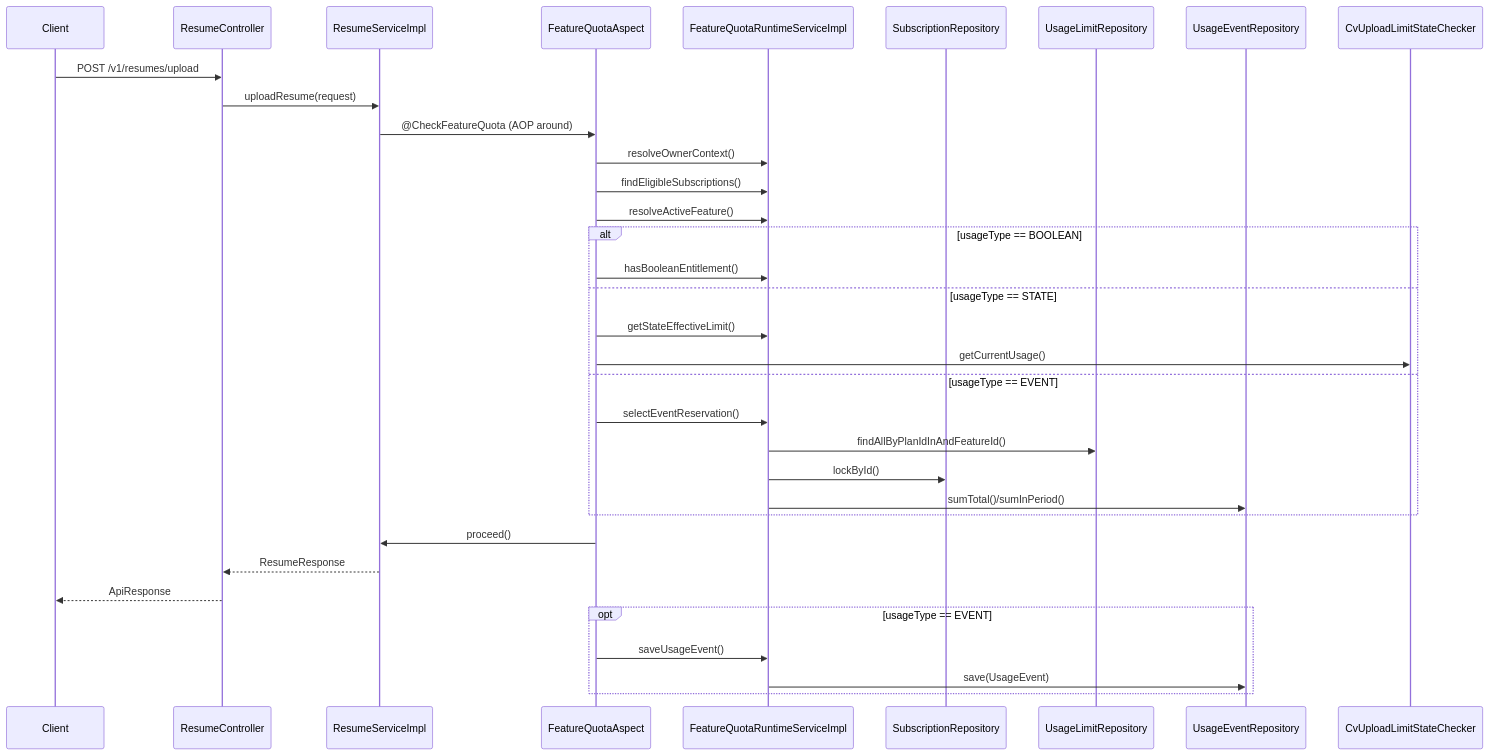
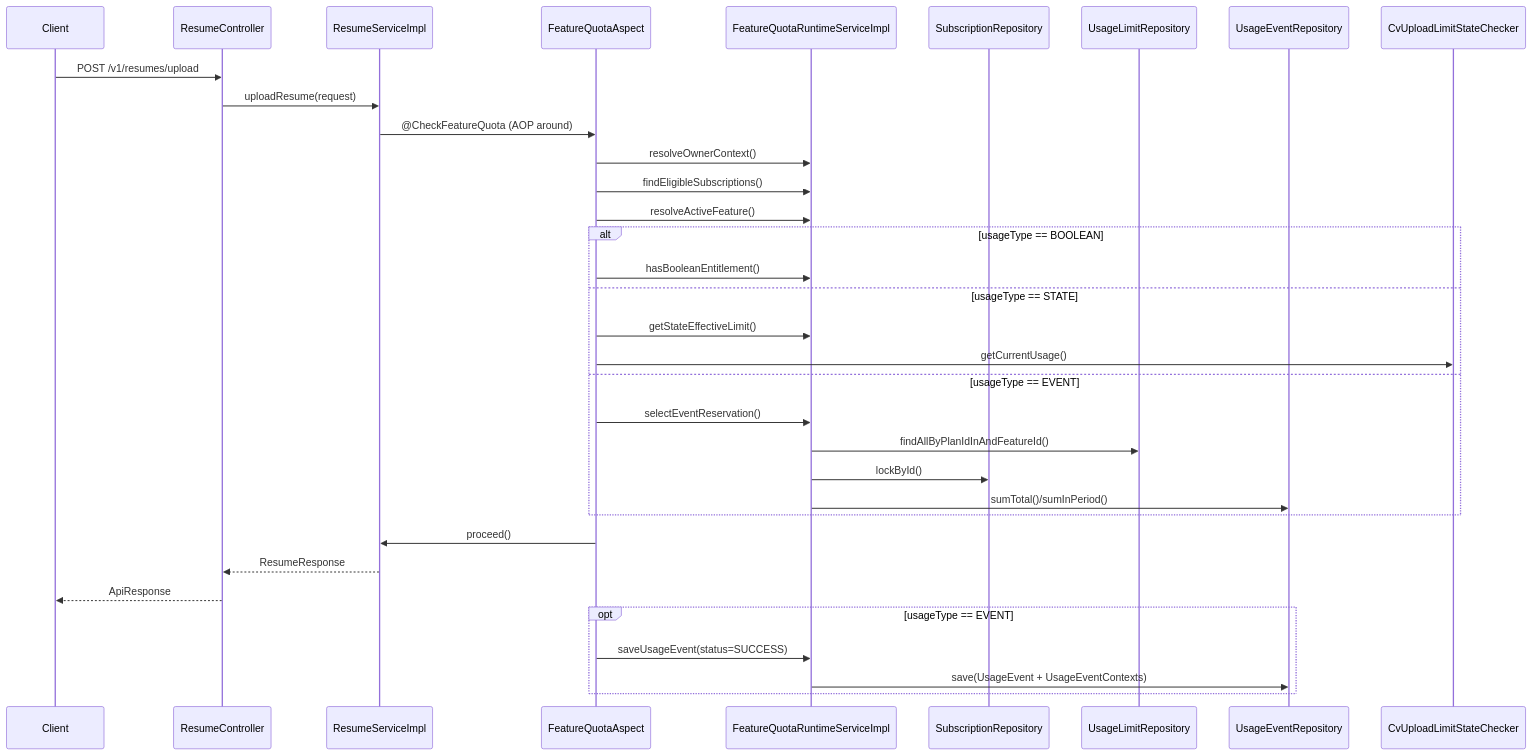
The first of 3 diagrams in docs/feature-usage-sequence.md (anhtu2808/sma-backend), drawn with Mermaid before and after one commit. The commit also changed other lines of this file and 32 other files, not shown here.

````diff
--- a/docs/feature-usage-sequence.md
+++ b/docs/feature-usage-sequence.md
@@ -5,40 +5,40 @@
 ```mermaid
 sequenceDiagram
     participant Client
     participant Controller as ResumeController
     participant Service as ResumeServiceImpl
     participant Aspect as FeatureQuotaAspect
     participant Runtime as FeatureQuotaRuntimeServiceImpl
     participant SubRepo as SubscriptionRepository
     participant LimitRepo as UsageLimitRepository
     participant EventRepo as UsageEventRepository
     participant StateChecker as CvUploadLimitStateChecker
 
     Client->>Controller: POST /v1/resumes/upload
     Controller->>Service: uploadResume(request)
     Service->>Aspect: @CheckFeatureQuota (AOP around)
     Aspect->>Runtime: resolveOwnerContext()
     Aspect->>Runtime: findEligibleSubscriptions()
     Aspect->>Runtime: resolveActiveFeature()
 
     alt usageType == BOOLEAN
         Aspect->>Runtime: hasBooleanEntitlement()
     else usageType == STATE
         Aspect->>Runtime: getStateEffectiveLimit()
         Aspect->>StateChecker: getCurrentUsage()
     else usageType == EVENT
         Aspect->>Runtime: selectEventReservation()
         Runtime->>LimitRepo: findAllByPlanIdInAndFeatureId()
         Runtime->>SubRepo: lockById()
         Runtime->>EventRepo: sumTotal()/sumInPeriod()
     end
 
     Aspect->>Service: proceed()
     Service-->>Controller: ResumeResponse
     Controller-->>Client: ApiResponse
 
     opt usageType == EVENT
-        Aspect->>Runtime: saveUsageEvent()
-        Runtime->>EventRepo: save(UsageEvent)
+        Aspect->>Runtime: saveUsageEvent(status=SUCCESS)
+        Runtime->>EventRepo: save(UsageEvent + UsageEventContexts)
     end
 ```
````
